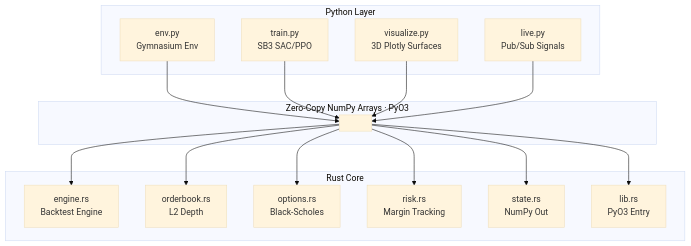
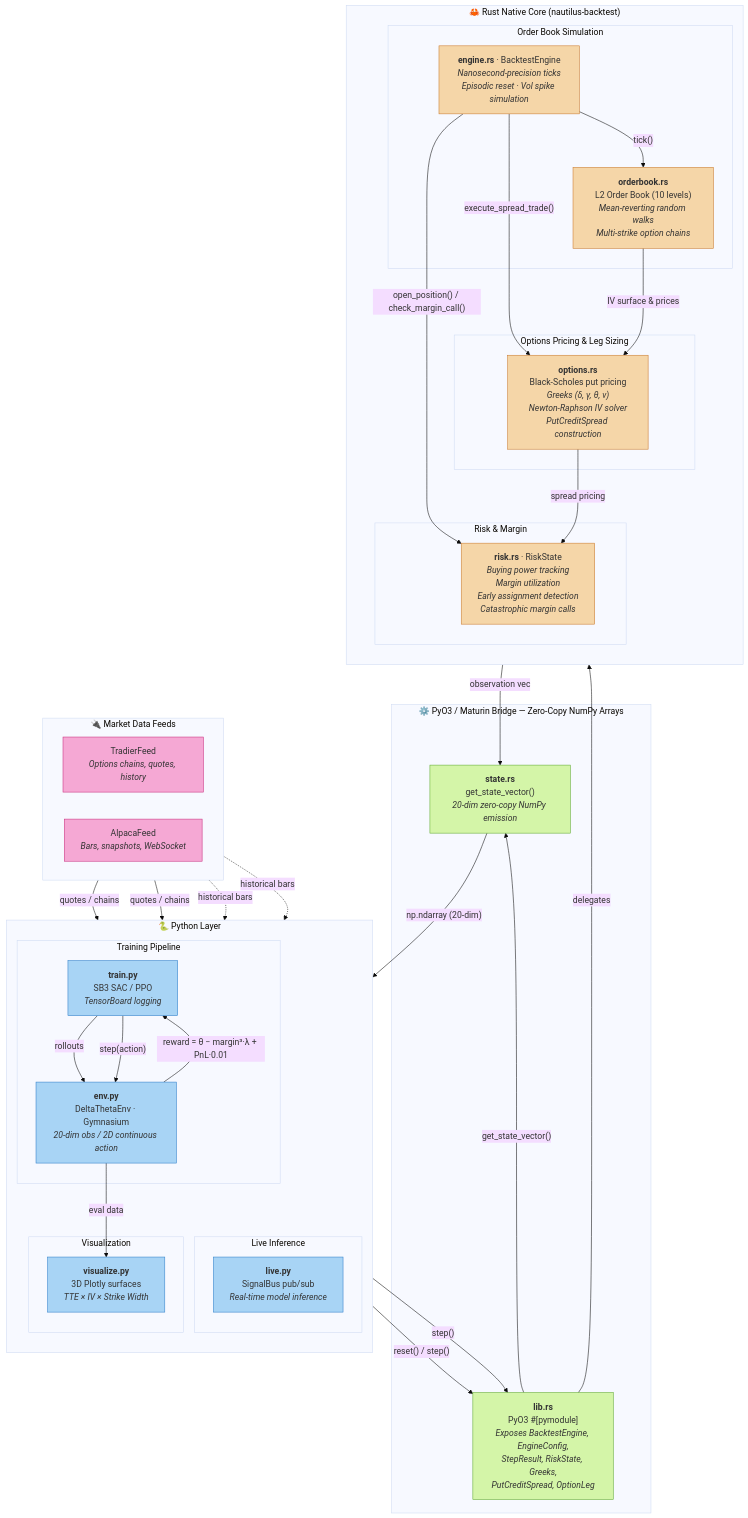
Before and after one commit to servusdei2018/delta-theta: the diagram in README.md, drawn with Mermaid (base theme).

Commit message:
Improve architecture diagram with detailed Mermaid.js visualization
- Show actual system components: Rust native core, PyO3/Maturin bridge, Python layer, market data feeds
- Add subgraphs grouping: Order Book Simulation, Options Pricing & Leg Sizing, Risk & Margin, Training Pipeline, Live Inference, Visualization
- Show data flow between components with labeled directional arrows
- Indicate Rust vs Python vs Bridge layers with color-coded styling
- Illustrate full pipeline from market data ingestion through strategy execution
- Include key details: Q-learning engine, theta decay optimizer, options leg sizing, order book simulation

````diff
--- a/README.md
+++ b/README.md
@@ -7,33 +7,85 @@
 ```mermaid
 flowchart TB
-    subgraph python ["Python Layer"]
-        env["env.py<br/>Gymnasium Env"]
-        train["train.py<br/>SB3 SAC/PPO"]
-        visualize["visualize.py<br/>3D Plotly Surfaces"]
-        live["live.py<br/>Pub/Sub Signals"]
+    subgraph data ["🔌 Market Data Feeds"]
+        direction LR
+        tradier["TradierFeed<br/><i>Options chains, quotes, history</i>"]
+        alpaca["AlpacaFeed<br/><i>Bars, snapshots, WebSocket</i>"]
     end
 
-    subgraph interop ["Zero-Copy NumPy Arrays · PyO3"]
-        boundary[" "]
+    subgraph python ["🐍 Python Layer"]
+        direction TB
+
+        subgraph training ["Training Pipeline"]
+            env["<b>env.py</b><br/>DeltaThetaEnv · Gymnasium<br/><i>20-dim obs / 2D continuous action</i>"]
+            train["<b>train.py</b><br/>SB3 SAC / PPO<br/><i>TensorBoard logging</i>"]
+        end
+
+        subgraph inference ["Live Inference"]
+            live["<b>live.py</b><br/>SignalBus pub/sub<br/><i>Real-time model inference</i>"]
+        end
+
+        subgraph viz ["Visualization"]
+            visualize["<b>visualize.py</b><br/>3D Plotly surfaces<br/><i>TTE × IV × Strike Width</i>"]
+        end
+
+        train -- "rollouts" --> env
+        env -- "eval data" --> visualize
     end
 
-    subgraph rust ["Rust Core"]
-        engine["engine.rs<br/>Backtest Engine"]
-        orderbook["orderbook.rs<br/>L2 Depth"]
-        options["options.rs<br/>Black-Scholes"]
-        risk["risk.rs<br/>Margin Tracking"]
-        state["state.rs<br/>NumPy Out"]
-        lib["lib.rs<br/>PyO3 Entry"]
+    subgraph bridge ["⚙️ PyO3 / Maturin Bridge — Zero-Copy NumPy Arrays"]
+        lib["<b>lib.rs</b><br/>PyO3 #[pymodule]<br/><i>Exposes BacktestEngine, EngineConfig,<br/>StepResult, RiskState, Greeks,<br/>PutCreditSpread, OptionLeg</i>"]
+        state["<b>state.rs</b><br/>get_state_vector()<br/><i>20-dim zero-copy NumPy emission</i>"]
     end
 
-    env --> boundary
-    train --> boundary
-    visualize --> boundary
-    live --> boundary
-    boundary --> engine
-    boundary --> orderbook
-    boundary --> options
-    boundary --> risk
-    boundary --> state
-    boundary --> lib
+    subgraph rust ["🦀 Rust Native Core  (nautilus-backtest)"]
+        direction TB
+
+        subgraph sim ["Order Book Simulation"]
+            engine["<b>engine.rs</b> · BacktestEngine<br/><i>Nanosecond-precision ticks<br/>Episodic reset · Vol spike simulation</i>"]
+            orderbook["<b>orderbook.rs</b><br/>L2 Order Book (10 levels)<br/><i>Mean-reverting random walks<br/>Multi-strike option chains</i>"]
+        end
+
+        subgraph pricing ["Options Pricing & Leg Sizing"]
+            options["<b>options.rs</b><br/>Black-Scholes put pricing<br/><i>Greeks (δ, γ, θ, ν)<br/>Newton-Raphson IV solver<br/>PutCreditSpread construction</i>"]
+        end
+
+        subgraph riskmod ["Risk & Margin"]
+            risk["<b>risk.rs</b> · RiskState<br/><i>Buying power tracking<br/>Margin utilization<br/>Early assignment detection<br/>Catastrophic margin calls</i>"]
+        end
+
+        engine -- "tick()" --> orderbook
+        engine -- "execute_spread_trade()" --> options
+        engine -- "open_position() / check_margin_call()" --> risk
+        options -- "spread pricing" --> risk
+        orderbook -- "IV surface & prices" --> options
+    end
+
+    %% Cross-layer data flow
+    tradier -- "quotes / chains" --> live
+    alpaca -- "quotes / chains" --> live
+    tradier -. "historical bars" .-> env
+    alpaca -. "historical bars" .-> env
+
+    train -- "step(action)" --> env
+    env -- "reset() / step()" --> lib
+    live -- "step()" --> lib
+    lib -- "delegates" --> engine
+    lib -- "get_state_vector()" --> state
+    state -- "np.ndarray (20-dim)" --> env
+
+    engine -- "observation vec" --> state
+
+    %% Reward flow annotation
+    env -- "reward = θ − margin³·λ + PnL·0.01" --> train
+
+    %% Styling
+    classDef rustNode fill:#f5d6a8,stroke:#c97a2e,color:#333
+    classDef pyNode fill:#a8d4f5,stroke:#2e7ec9,color:#333
+    classDef bridgeNode fill:#d4f5a8,stroke:#5ea82e,color:#333
+    classDef feedNode fill:#f5a8d4,stroke:#c92e7e,color:#333
+
+    class engine,orderbook,options,risk rustNode
+    class env,train,visualize,live pyNode
+    class lib,state bridgeNode
+    class tradier,alpaca feedNode
 ```
````
